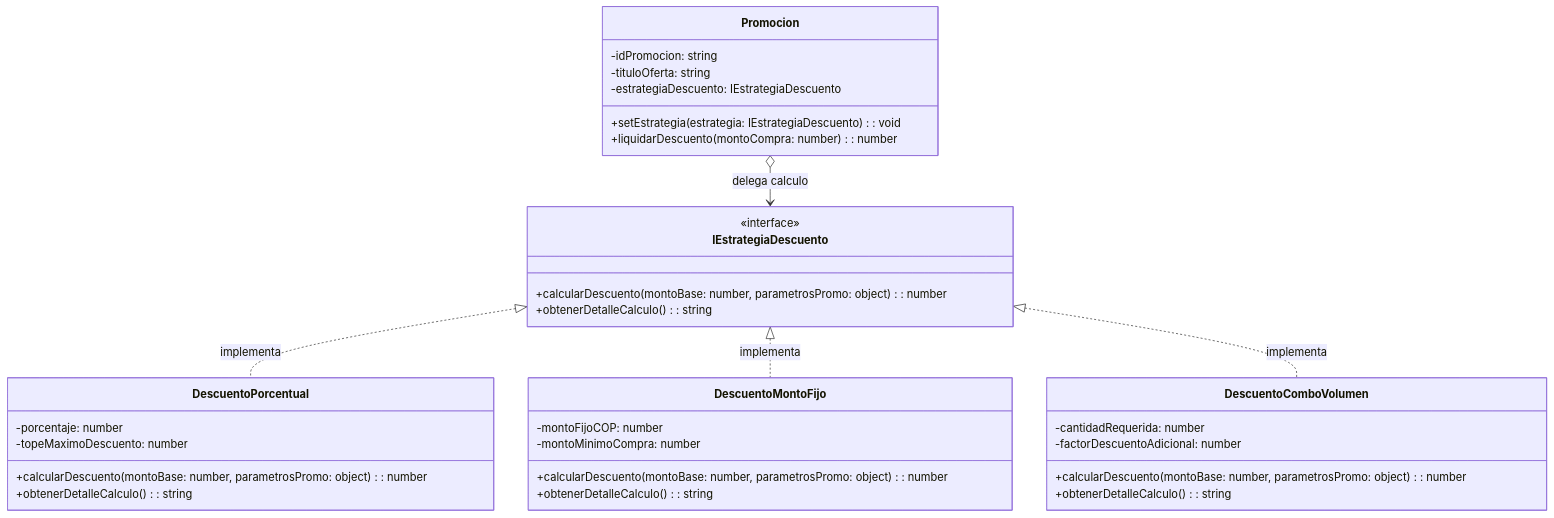
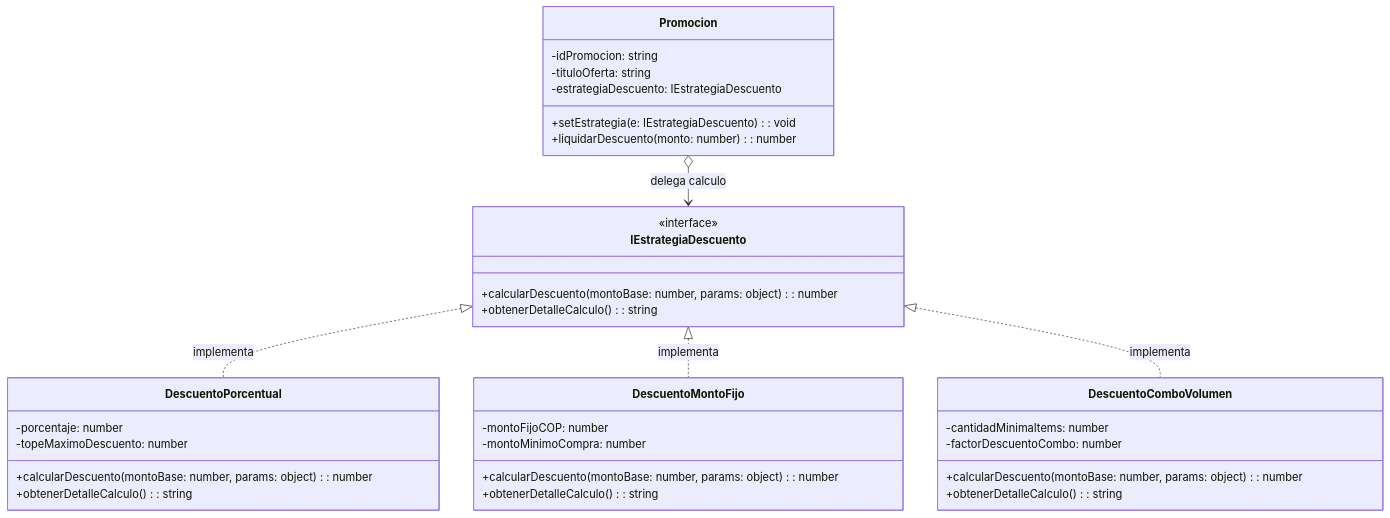
The first of 2 diagrams in 02-training-project/01-phase/02-planning/06-architecture/04-evidence-learning/G2-P1-covaleda/03-patrones-diseno.md (covaleda402/ADSO-3413974), drawn with Mermaid before and after one commit. The commit also changed other lines of this file and 14 other files, not shown here.

Commit message:
feat(g2-p1): entrega final diseno de software nuvora (diagramas svg/drawio, patrones, vistas 4+1 y trazabilidad rf-01..rf-20)

````diff
--- a/02-training-project/01-phase/02-planning/06-architecture/04-evidence-learning/G2-P1-covaleda/03-patrones-diseno.md
+++ b/02-training-project/01-phase/02-planning/06-architecture/04-evidence-learning/G2-P1-covaleda/03-patrones-diseno.md
@@ -38,38 +38,38 @@
 ```mermaid
 classDiagram
     class IEstrategiaDescuento {
         <<interface>>
-        +calcularDescuento(montoBase: number, parametrosPromo: object): number
+        +calcularDescuento(montoBase: number, params: object): number
         +obtenerDetalleCalculo(): string
     }
     class DescuentoPorcentual {
         -porcentaje: number
         -topeMaximoDescuento: number
-        +calcularDescuento(montoBase: number, parametrosPromo: object): number
+        +calcularDescuento(montoBase: number, params: object): number
         +obtenerDetalleCalculo(): string
     }
     class DescuentoMontoFijo {
         -montoFijoCOP: number
         -montoMinimoCompra: number
-        +calcularDescuento(montoBase: number, parametrosPromo: object): number
+        +calcularDescuento(montoBase: number, params: object): number
         +obtenerDetalleCalculo(): string
     }
     class DescuentoComboVolumen {
-        -cantidadRequerida: number
-        -factorDescuentoAdicional: number
-        +calcularDescuento(montoBase: number, parametrosPromo: object): number
+        -cantidadMinimaItems: number
+        -factorDescuentoCombo: number
+        +calcularDescuento(montoBase: number, params: object): number
         +obtenerDetalleCalculo(): string
     }
     class Promocion {
         -idPromocion: string
         -tituloOferta: string
         -estrategiaDescuento: IEstrategiaDescuento
-        +setEstrategia(estrategia: IEstrategiaDescuento): void
-        +liquidarDescuento(montoCompra: number): number
+        +setEstrategia(e: IEstrategiaDescuento): void
+        +liquidarDescuento(monto: number): number
     }
 
     IEstrategiaDescuento <|.. DescuentoPorcentual : implementa
     IEstrategiaDescuento <|.. DescuentoMontoFijo : implementa
     IEstrategiaDescuento <|.. DescuentoComboVolumen : implementa
     Promocion o--> IEstrategiaDescuento : delega calculo
 ```
````
